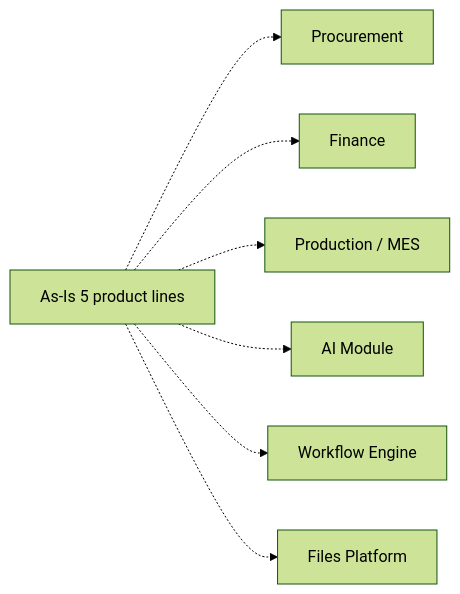
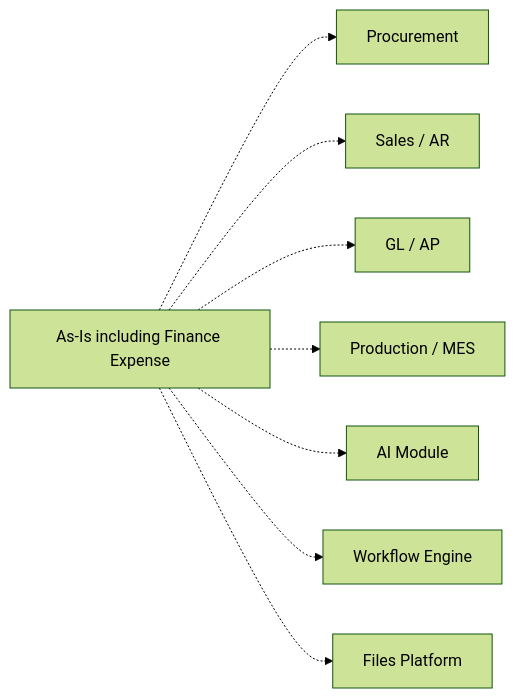
Before and after one commit to boynormal/scc-system: the second of 2 diagrams in docs/architecture/vision-as-is-to-be.md, drawn with Mermaid (forest theme). The commit also changed other lines of this file and 38 other files, not shown here.

````diff
--- a/docs/architecture/vision-as-is-to-be.md
+++ b/docs/architecture/vision-as-is-to-be.md
@@ -60,9 +68,10 @@
 ```mermaid
 flowchart LR
-  current["As-Is 5 product lines"] -.-> procurement["Procurement"]
-  current -.-> finance["Finance"]
+  current["As-Is including Finance Expense"] -.-> procurement["Procurement"]
+  current -.-> sales["Sales / AR"]
+  current -.-> gl["GL / AP"]
   current -.-> production["Production / MES"]
   current -.-> ai["AI Module"]
   current -.-> workflow["Workflow Engine"]
   current -.-> files["Files Platform"]
 ```
````
